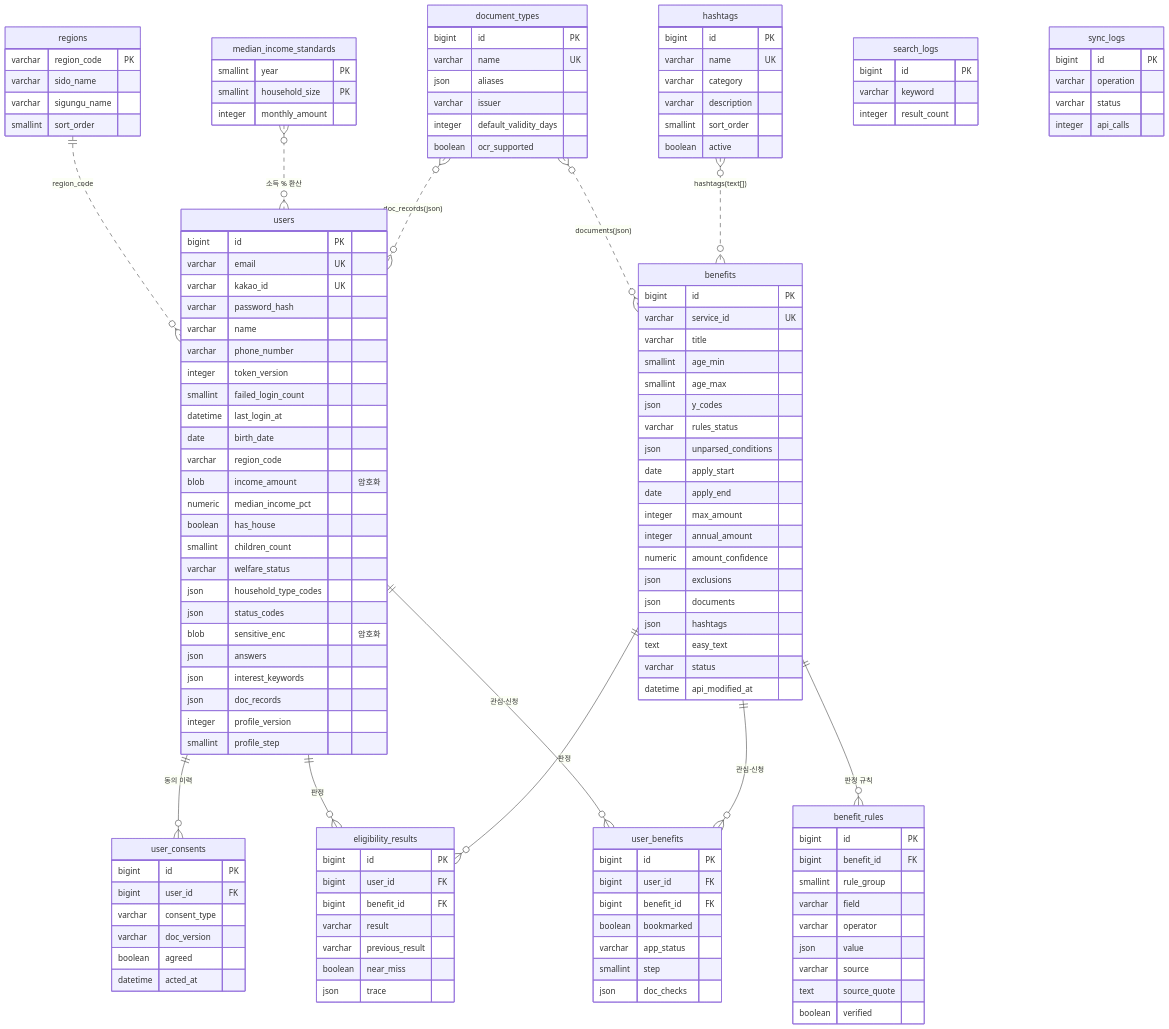
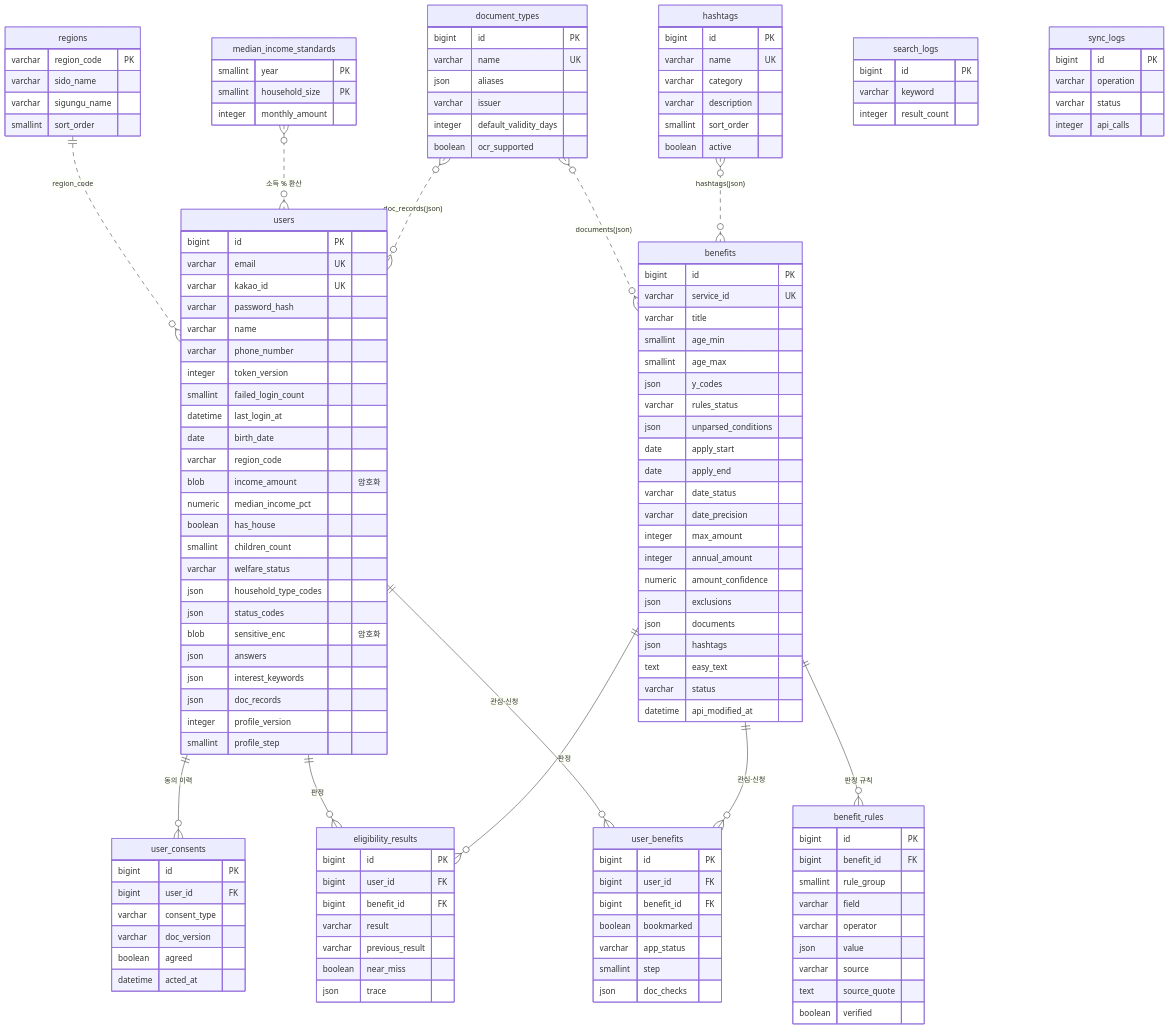
The diagram in docs/erd.mmd (JavaSpring-TeamB/bokdeongi), drawn with Mermaid before and after one commit. The commit also changed 1 other file, not shown here.

Commit message:
feat(DATA-04): benefits.date_precision 추가 (DB v2.9, D-84)

```diff
--- a/docs/erd.mmd
+++ b/docs/erd.mmd
@@ -1,135 +1,137 @@
 erDiagram
     regions ||..o{ users : "region_code"
     users ||--o{ user_consents : "동의 이력"
     users ||--o{ eligibility_results : "판정"
     benefits ||--o{ eligibility_results : "판정"
     users ||--o{ user_benefits : "관심·신청"
     benefits ||--o{ user_benefits : "관심·신청"
     benefits ||--o{ benefit_rules : "판정 규칙"
     median_income_standards }o..o{ users : "소득 % 환산"
     document_types }o..o{ benefits : "documents(json)"
     document_types }o..o{ users : "doc_records(json)"
-    hashtags }o..o{ benefits : "hashtags(text[])"
+    hashtags }o..o{ benefits : "hashtags(json)"
 
     users {
         bigint id PK
         varchar email UK
         varchar kakao_id UK
         varchar password_hash
         varchar name
         varchar phone_number
         integer token_version
         smallint failed_login_count
         datetime last_login_at
         date birth_date
         varchar region_code
         blob income_amount "암호화"
         numeric median_income_pct
         boolean has_house
         smallint children_count
         varchar welfare_status
         json household_type_codes
         json status_codes
         blob sensitive_enc "암호화"
         json answers
         json interest_keywords
         json doc_records
         integer profile_version
         smallint profile_step
     }
     user_consents {
         bigint id PK
         bigint user_id FK
         varchar consent_type
         varchar doc_version
         boolean agreed
         datetime acted_at
     }
     median_income_standards {
         smallint year PK
         smallint household_size PK
         integer monthly_amount
     }
     benefits {
         bigint id PK
         varchar service_id UK
         varchar title
         smallint age_min
         smallint age_max
         json y_codes
         varchar rules_status
         json unparsed_conditions
         date apply_start
         date apply_end
+        varchar date_status
+        varchar date_precision
         integer max_amount
         integer annual_amount
         numeric amount_confidence
         json exclusions
         json documents
         json hashtags
         text easy_text
         varchar status
         datetime api_modified_at
     }
     benefit_rules {
         bigint id PK
         bigint benefit_id FK
         smallint rule_group
         varchar field
         varchar operator
         json value
         varchar source
         text source_quote
         boolean verified
     }
     eligibility_results {
         bigint id PK
         bigint user_id FK
         bigint benefit_id FK
         varchar result
         varchar previous_result
         boolean near_miss
         json trace
     }
     user_benefits {
         bigint id PK
         bigint user_id FK
         bigint benefit_id FK
         boolean bookmarked
         varchar app_status
         smallint step
         json doc_checks
     }
     document_types {
         bigint id PK
         varchar name UK
         json aliases
         varchar issuer
         integer default_validity_days
         boolean ocr_supported
     }
     hashtags {
         bigint id PK
         varchar name UK
         varchar category
         varchar description
         smallint sort_order
         boolean active
     }
     search_logs {
         bigint id PK
         varchar keyword
         integer result_count
     }
     sync_logs {
         bigint id PK
         varchar operation
         varchar status
         integer api_calls
     }
     regions {
         varchar region_code PK
         varchar sido_name
         varchar sigungu_name
         smallint sort_order
     }
```
